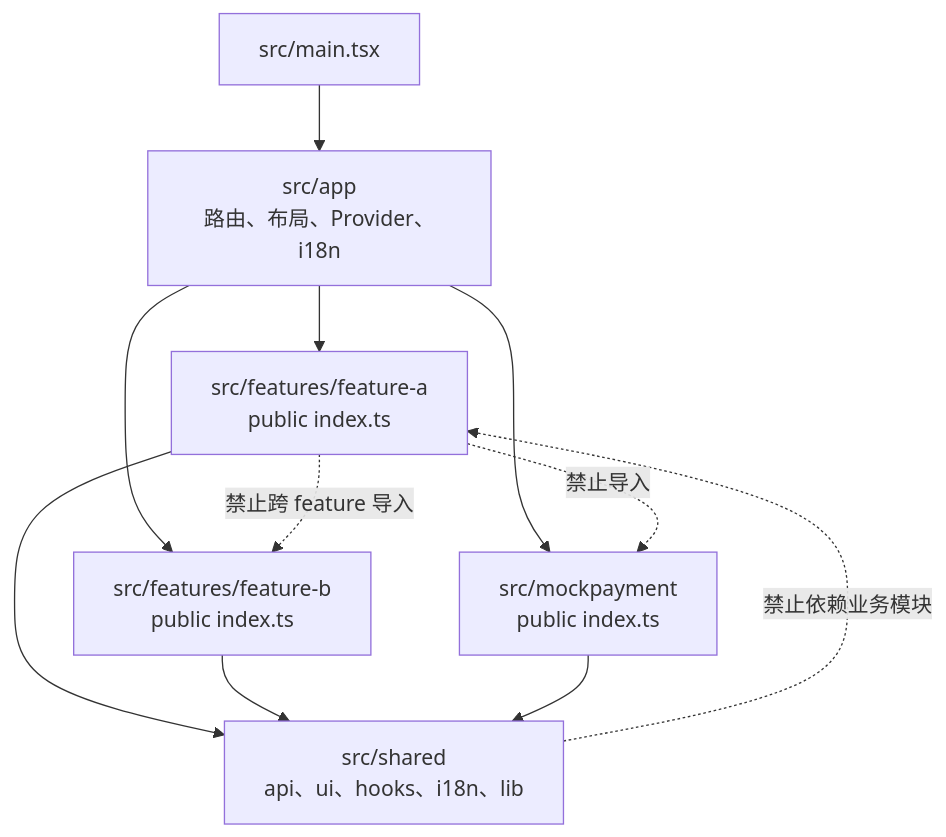
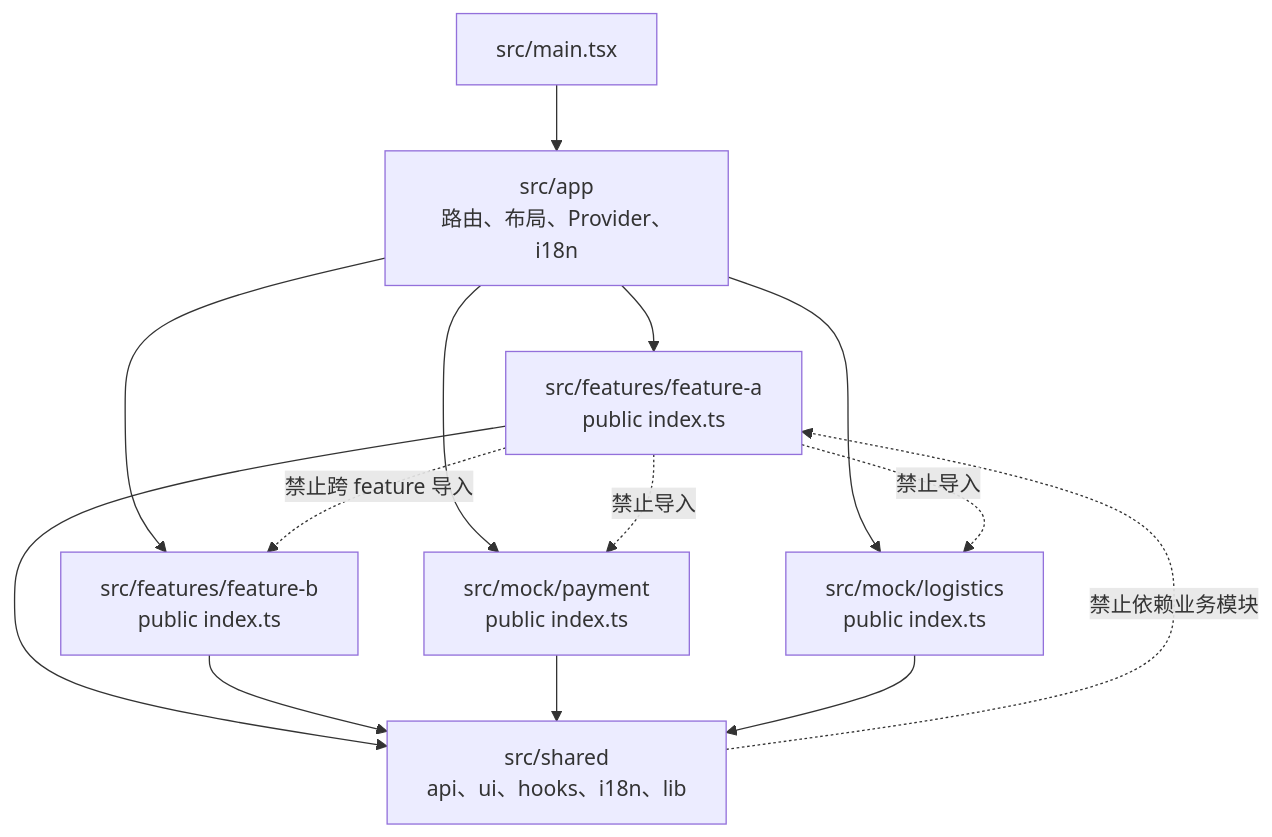
Before and after one commit to QingKong996/pinshaoshao: the third of 5 diagrams in architecture.md, drawn with Mermaid. The commit also changed other lines of this file and 103 other files, not shown here.

First line of the commit message:
feat(mock): add logistics sandbox and consolidate mock services

````diff
--- a/architecture.md
+++ b/architecture.md
@@ -98,21 +103,25 @@
 ```mermaid
 flowchart TB
     Main[src/main.tsx]
     App[src/app<br/>路由、布局、Provider、i18n]
     FeatureA[src/features/feature-a<br/>public index.ts]
     FeatureB[src/features/feature-b<br/>public index.ts]
-    MockPayment[src/mockpayment<br/>public index.ts]
+    MockPayment[src/mock/payment<br/>public index.ts]
+    MockLogistics[src/mock/logistics<br/>public index.ts]
     Shared[src/shared<br/>api、ui、hooks、i18n、lib]
 
     Main --> App
     App --> FeatureA
     App --> FeatureB
     App --> MockPayment
+    App --> MockLogistics
     FeatureA --> Shared
     FeatureB --> Shared
     MockPayment --> Shared
+    MockLogistics --> Shared
 
     FeatureA -. 禁止跨 feature 导入 .-> FeatureB
     FeatureA -. 禁止导入 .-> MockPayment
+    FeatureA -. 禁止导入 .-> MockLogistics
     Shared -. 禁止依赖业务模块 .-> FeatureA
 ```
````
